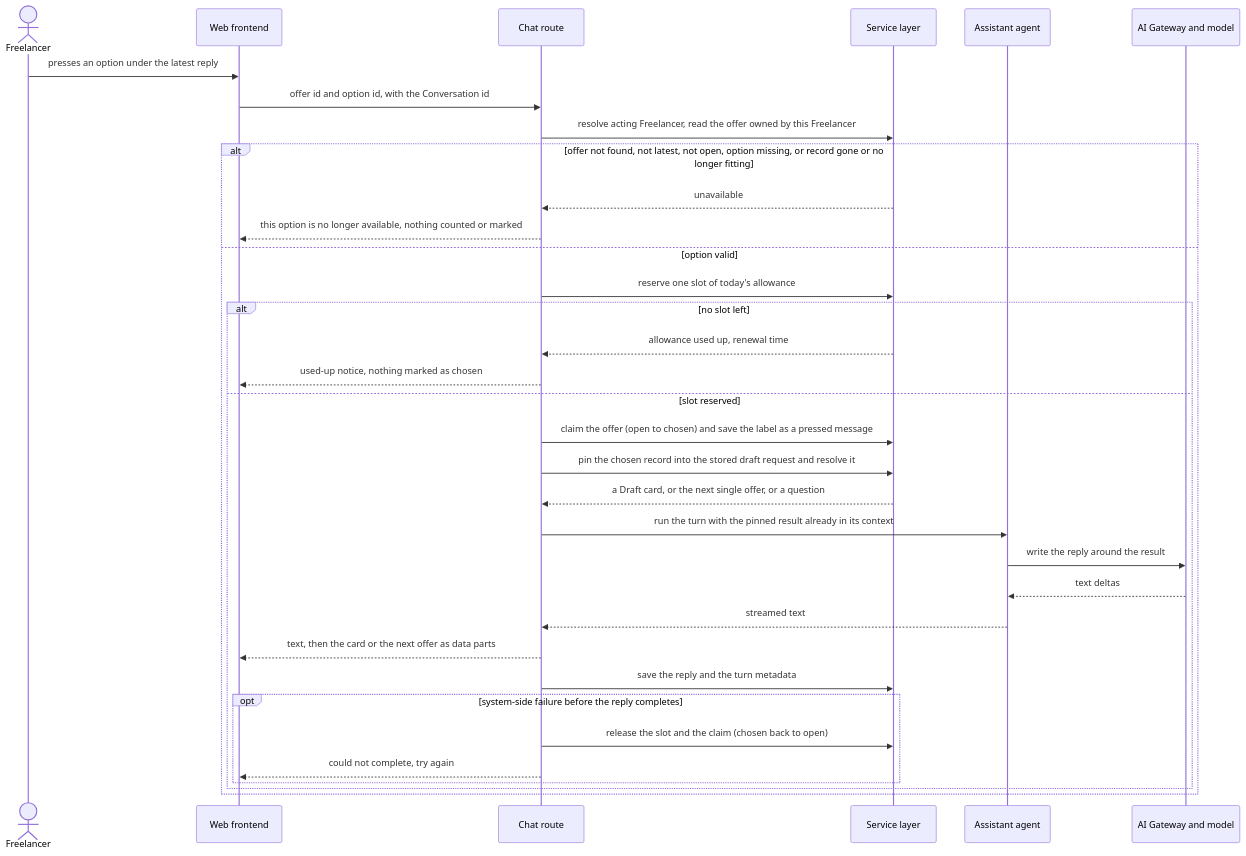
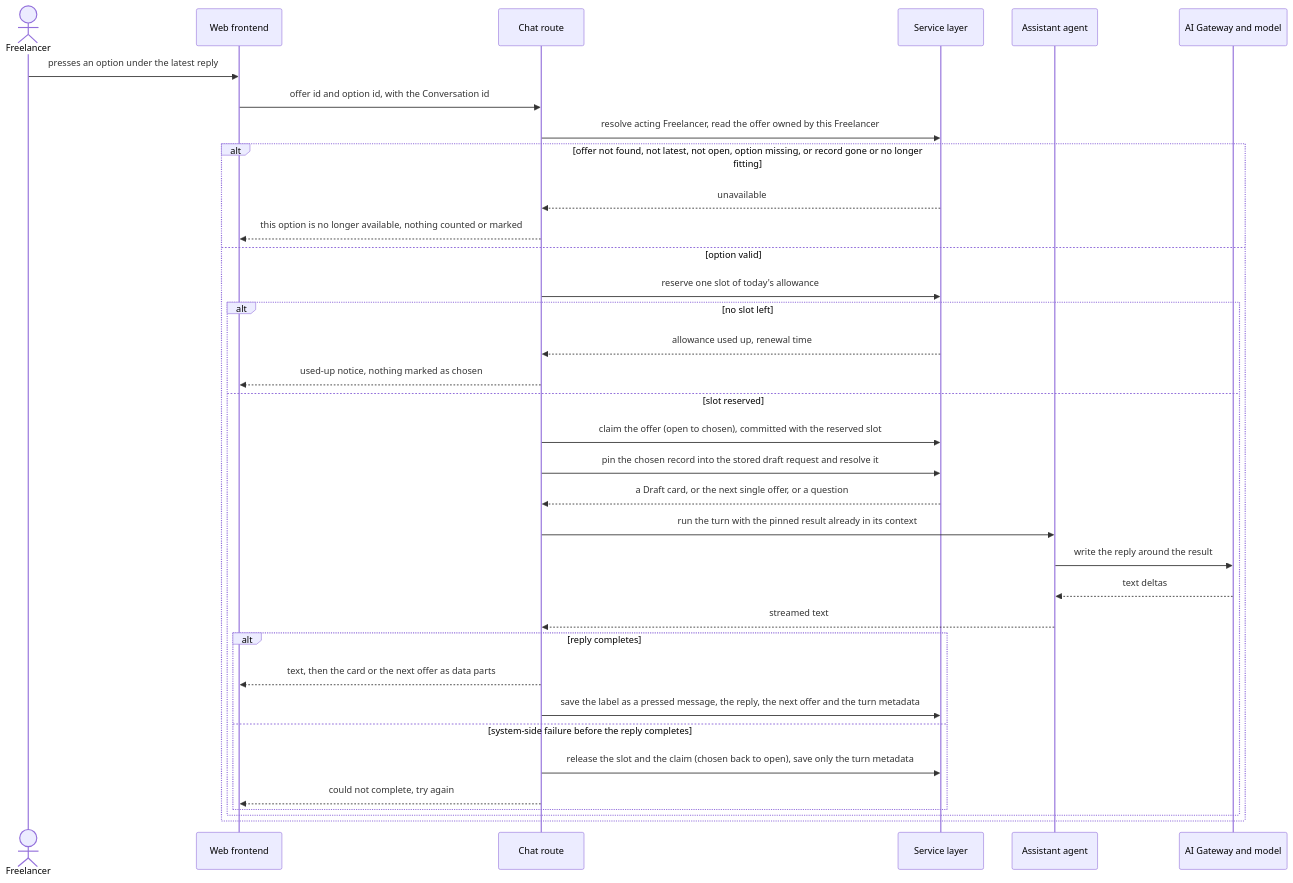
Before and after one commit to GopkoDev/invoiceForge: the third of 13 diagrams in docs/features/ai-chat-v2/sad.md, drawn with Mermaid. The commit also changed other lines of this file and 3 other files, not shown here.

Commit message:
docs(ai-chat-v2): reconcile offer size and save order (OQ-B1, OQ-B2)

````diff
--- a/docs/features/ai-chat-v2/sad.md
+++ b/docs/features/ai-chat-v2/sad.md
@@ -311,36 +309,37 @@
 ```mermaid
 sequenceDiagram
     actor F as Freelancer
     participant W as Web frontend
     participant C as Chat route
     participant S as Service layer
     participant A as Assistant agent
     participant G as AI Gateway and model
     F->>W: presses an option under the latest reply
     W->>C: offer id and option id, with the Conversation id
     C->>S: resolve acting Freelancer, read the offer owned by this Freelancer
     alt offer not found, not latest, not open, option missing, or record gone or no longer fitting
         S-->>C: unavailable
         C-->>W: this option is no longer available, nothing counted or marked
     else option valid
         C->>S: reserve one slot of today's allowance
         alt no slot left
             S-->>C: allowance used up, renewal time
             C-->>W: used-up notice, nothing marked as chosen
         else slot reserved
-            C->>S: claim the offer (open to chosen) and save the label as a pressed message
+            C->>S: claim the offer (open to chosen), committed with the reserved slot
             C->>S: pin the chosen record into the stored draft request and resolve it
             S-->>C: a Draft card, or the next single offer, or a question
             C->>A: run the turn with the pinned result already in its context
             A->>G: write the reply around the result
             G-->>A: text deltas
             A-->>C: streamed text
-            C-->>W: text, then the card or the next offer as data parts
-            C->>S: save the reply and the turn metadata
-            opt system-side failure before the reply completes
-                C->>S: release the slot and the claim (chosen back to open)
+            alt reply completes
+                C-->>W: text, then the card or the next offer as data parts
+                C->>S: save the label as a pressed message, the reply, the next offer and the turn metadata
+            else system-side failure before the reply completes
+                C->>S: release the slot and the claim (chosen back to open), save only the turn metadata
                 C-->>W: could not complete, try again
             end
         end
     end
 ```
````
